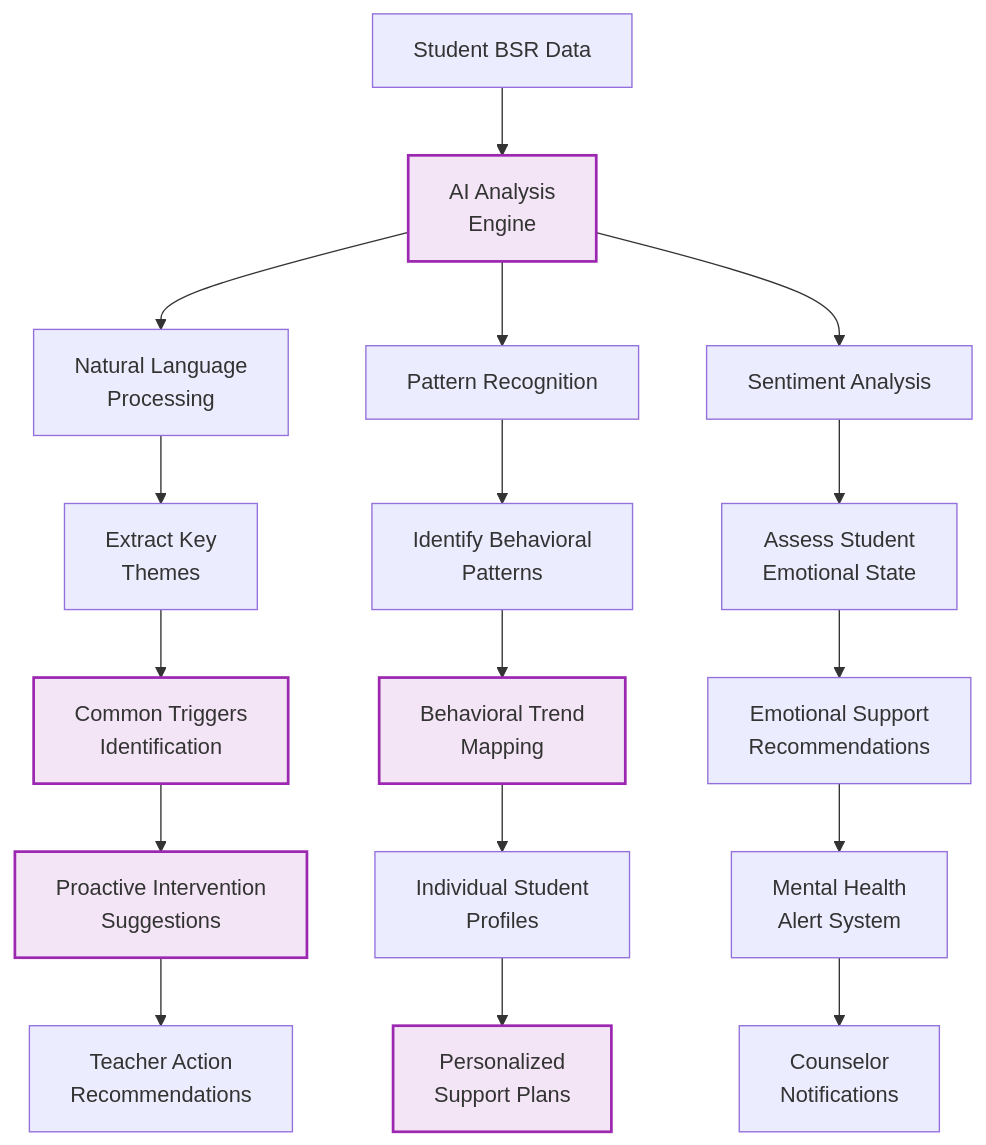
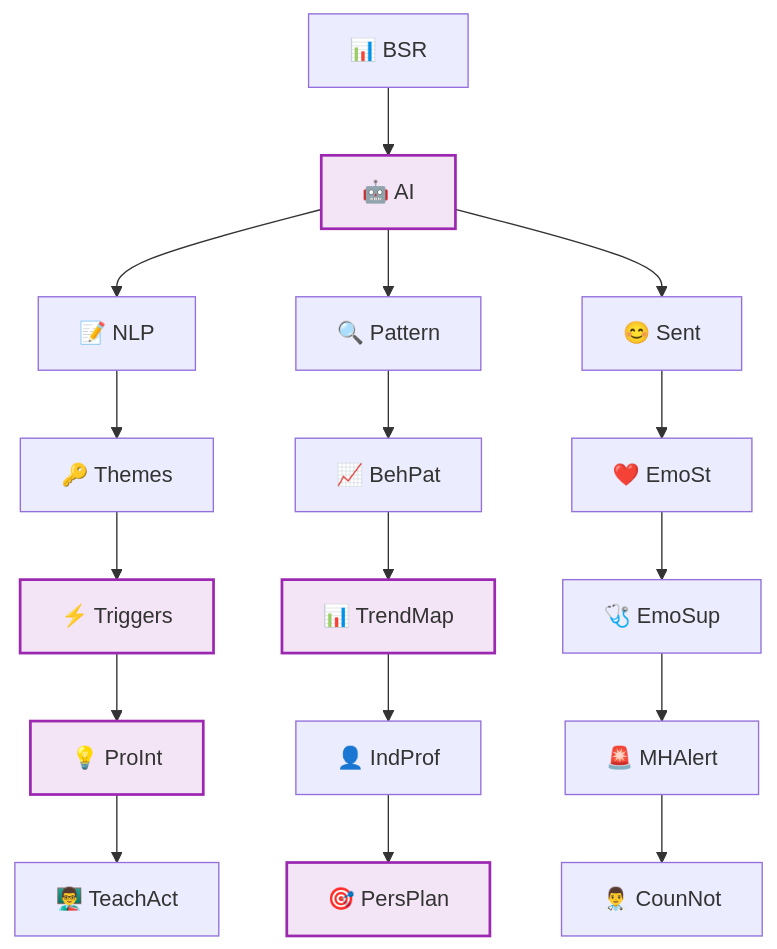
Before and after one commit to Splurfa/bx-os: the first of 5 diagrams in docs/flowcharts/Future-Vision/10-behavior-analytics-enhancement.md, drawn with Mermaid. The commit also changed other lines of this file and 4 other files, not shown here.

Commit message:
Fix all flowchart text cutoff

````diff
--- a/docs/flowcharts/Future-Vision/10-behavior-analytics-enhancement.md
+++ b/docs/flowcharts/Future-Vision/10-behavior-analytics-enhancement.md
@@ -7,29 +7,29 @@
 ```mermaid
 flowchart TD
-    A[Student BSR Data] --> B[AI Analysis<br/>Engine]
-    B --> C[Natural Language<br/>Processing]
-    B --> D[Pattern Recognition]
-    B --> E[Sentiment Analysis]
+    A[📊 BSR] --> B[🤖 AI]
+    B --> C[📝 NLP]
+    B --> D[🔍 Pattern]
+    B --> E[😊 Sent]
     
-    C --> F[Extract Key<br/>Themes]
-    D --> G[Identify Behavioral<br/>Patterns]
-    E --> H[Assess Student<br/>Emotional State]
+    C --> F[🔑 Themes]
+    D --> G[📈 BehPat]
+    E --> H[❤️ EmoSt]
     
-    F --> I[Common Triggers<br/>Identification]
-    G --> J[Behavioral Trend<br/>Mapping]
-    H --> K[Emotional Support<br/>Recommendations]
+    F --> I[⚡ Triggers]
+    G --> J[📊 TrendMap]
+    H --> K[🩺 EmoSup]
     
-    I --> L[Proactive Intervention<br/>Suggestions]
-    J --> M[Individual Student<br/>Profiles]
-    K --> N[Mental Health<br/>Alert System]
+    I --> L[💡 ProInt]
+    J --> M[👤 IndProf]
+    K --> N[🚨 MHAlert]
     
-    L --> O[Teacher Action<br/>Recommendations]
-    M --> P[Personalized<br/>Support Plans]
-    N --> Q[Counselor<br/>Notifications]
+    L --> O[👨‍🏫 TeachAct]
+    M --> P[🎯 PersPlan]
+    N --> Q[👨‍⚕️ CounNot]
     
     style B fill:#f3e5f5,stroke:#9c27b0,stroke-width:2px
     style I fill:#f3e5f5,stroke:#9c27b0,stroke-width:2px
     style J fill:#f3e5f5,stroke:#9c27b0,stroke-width:2px
     style L fill:#f3e5f5,stroke:#9c27b0,stroke-width:2px
     style P fill:#f3e5f5,stroke:#9c27b0,stroke-width:2px
 ```
````
